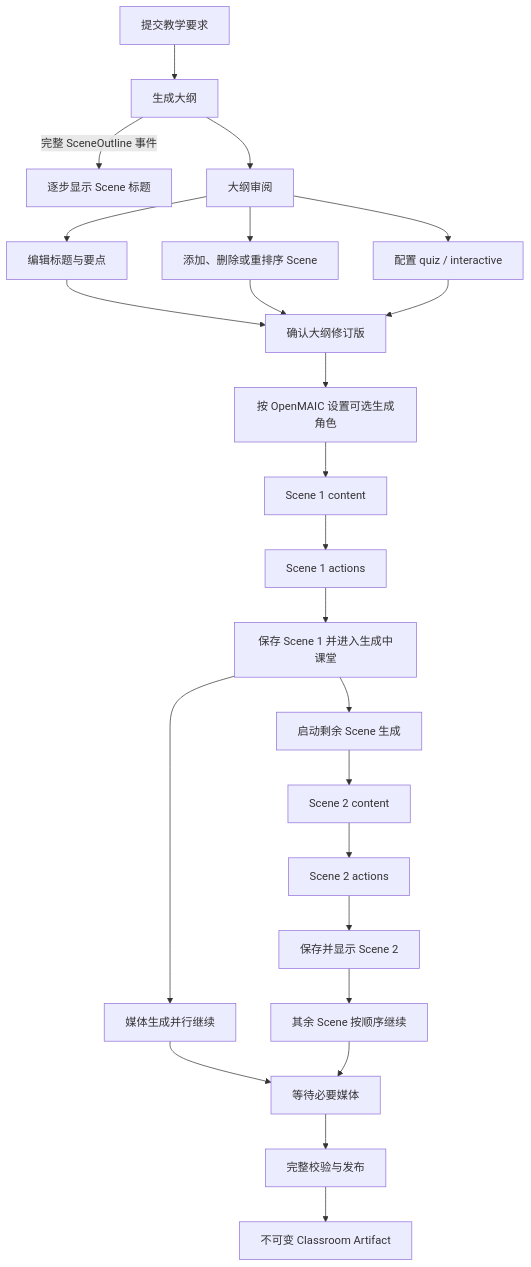
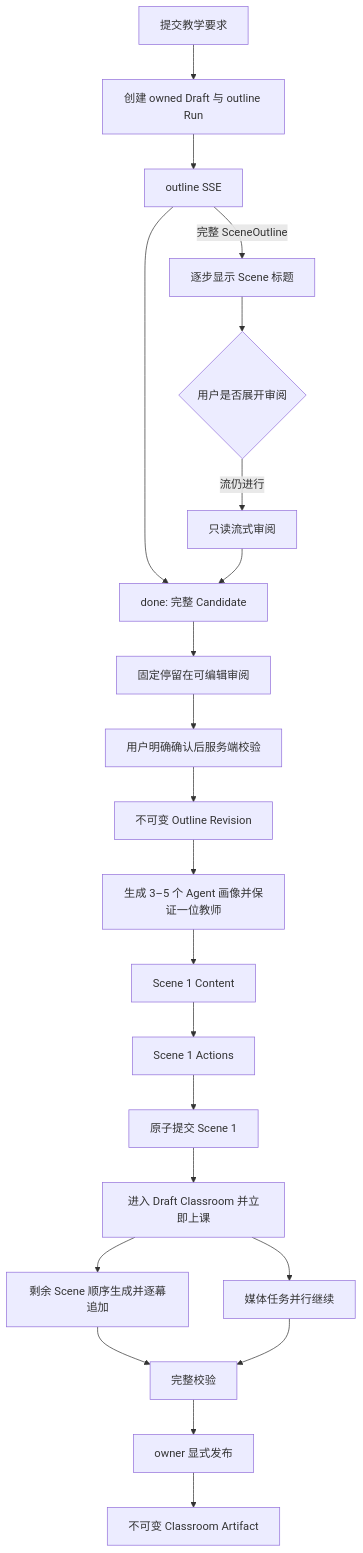
One commit to x18-1/chalk_ changed the diagram in docs/spec/chalkboard-v3-generation.md. Above: the diagram before and after it, drawn with Mermaid. The commit also changed other lines of this file and 14 other files, not shown here.

````diff
--- a/docs/spec/chalkboard-v3-generation.md
+++ b/docs/spec/chalkboard-v3-generation.md
@@ -20,26 +117,24 @@
 ```mermaid
 flowchart TD
-    A[提交教学要求] --> B[生成大纲]
-    B -->|完整 SceneOutline 事件| C[逐步显示 Scene 标题]
-    B --> D[大纲审阅]
-    D --> E[编辑标题与要点]
-    D --> F[添加、删除或重排序 Scene]
-    D --> G[配置 quiz / interactive]
-    E --> H[确认大纲修订版]
-    F --> H
-    G --> H
-    H --> I0[按 OpenMAIC 设置可选生成角色]
-    I0 --> I1[Scene 1 content]
-    I1 --> J1[Scene 1 actions]
-    J1 --> K1[保存 Scene 1 并进入生成中课堂]
-    K1 --> R[启动剩余 Scene 生成]
-    K1 --> M[媒体生成并行继续]
-    R --> I2[Scene 2 content]
-    I2 --> J2[Scene 2 actions]
-    J2 --> K2[保存并显示 Scene 2]
-    K2 --> N[其余 Scene 按顺序继续]
-    M --> O[等待必要媒体]
-    N --> O
-    O --> V[完整校验与发布]
-    V --> P[不可变 Classroom Artifact]
+    A[提交教学要求] --> B[创建 owned Draft 与 outline Run]
+    B --> C[outline SSE]
+    C -->|完整 SceneOutline| D[逐步显示 Scene 标题]
+    D --> E{用户是否展开审阅}
+    E -->|流仍进行| F[只读流式审阅]
+    C --> G[done: 完整 Candidate]
+    F --> G
+    G --> I[固定停留在可编辑审阅]
+    I --> K[用户明确确认后服务端校验]
+    K --> L[不可变 Outline Revision]
+    L --> M[生成 3–5 个 Agent 画像并保证一位教师]
+    M --> N1[Scene 1 Content]
+    N1 --> O1[Scene 1 Actions]
+    O1 --> P1[原子提交 Scene 1]
+    P1 --> Q[进入 Draft Classroom 并立即上课]
+    Q --> R[剩余 Scene 顺序生成并逐幕追加]
+    Q --> S[媒体任务并行继续]
+    R --> T[完整校验]
+    S --> T
+    T --> U[owner 显式发布]
+    U --> V[不可变 Classroom Artifact]
 ```
````
